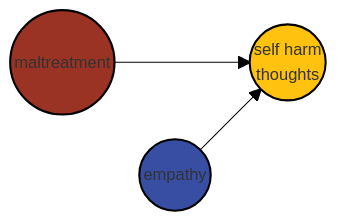
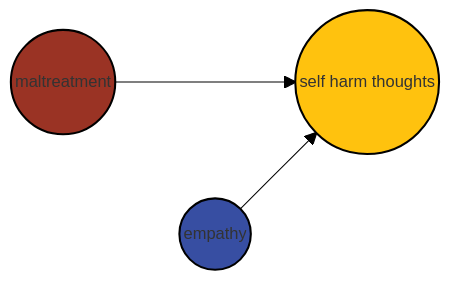
Before and after one commit to agrogan1/closeread: the diagram in empathy/README.md, drawn with Mermaid (forest theme).

````diff
--- a/empathy/README.md
+++ b/empathy/README.md
@@ -12,17 +12,17 @@
 ```mermaid
 block
   columns 3
   m space sh
   space   e   space
 
-  m(("maltreatment")) --> sh(("self harm <br>thoughts"))
+  m(("maltreatment")) --> sh(("self harm thoughts"))
 
   e(("empathy")) --> sh
 
   style m fill:#9A3324,stroke:#000000,stroke-width:2px,color:#FFFFFF;
 
   style e fill:#374EA2,stroke:#000000,stroke-width:2px,color:#FFFFFF;
 
   style sh fill:#FFC20E,stroke:#000000,stroke-width:2px,color:#000000;
 
 ```
````
